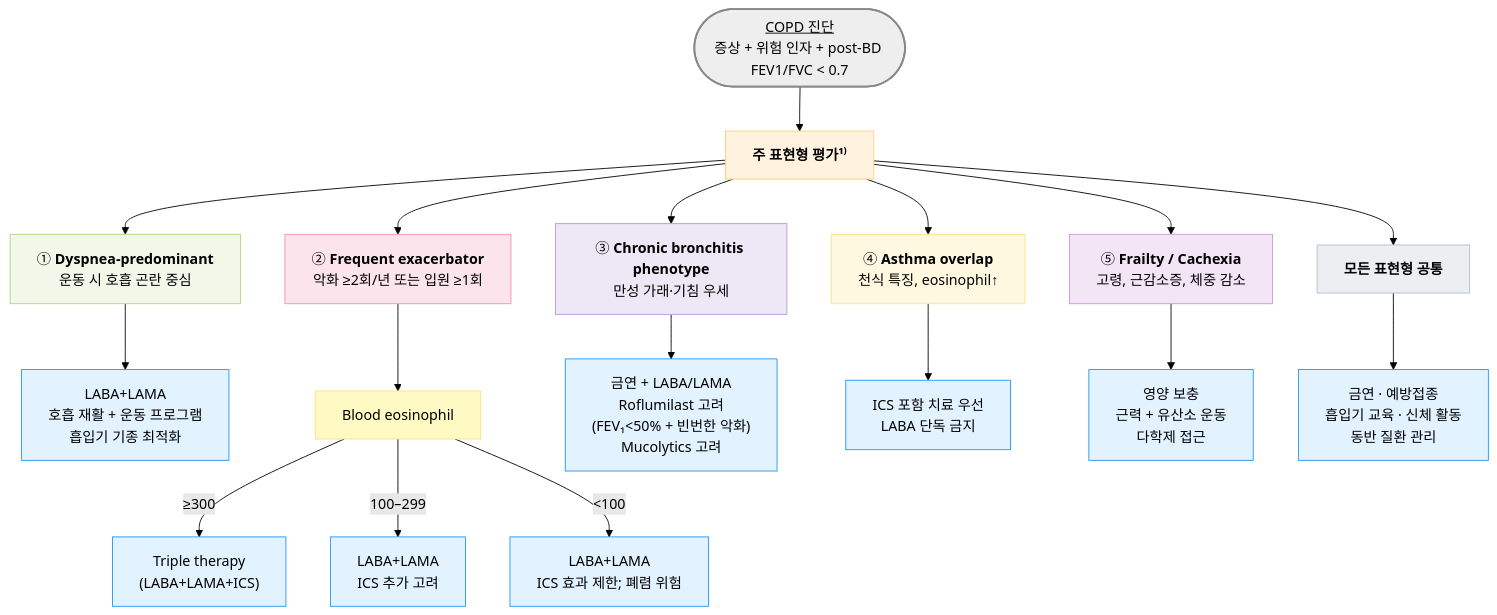
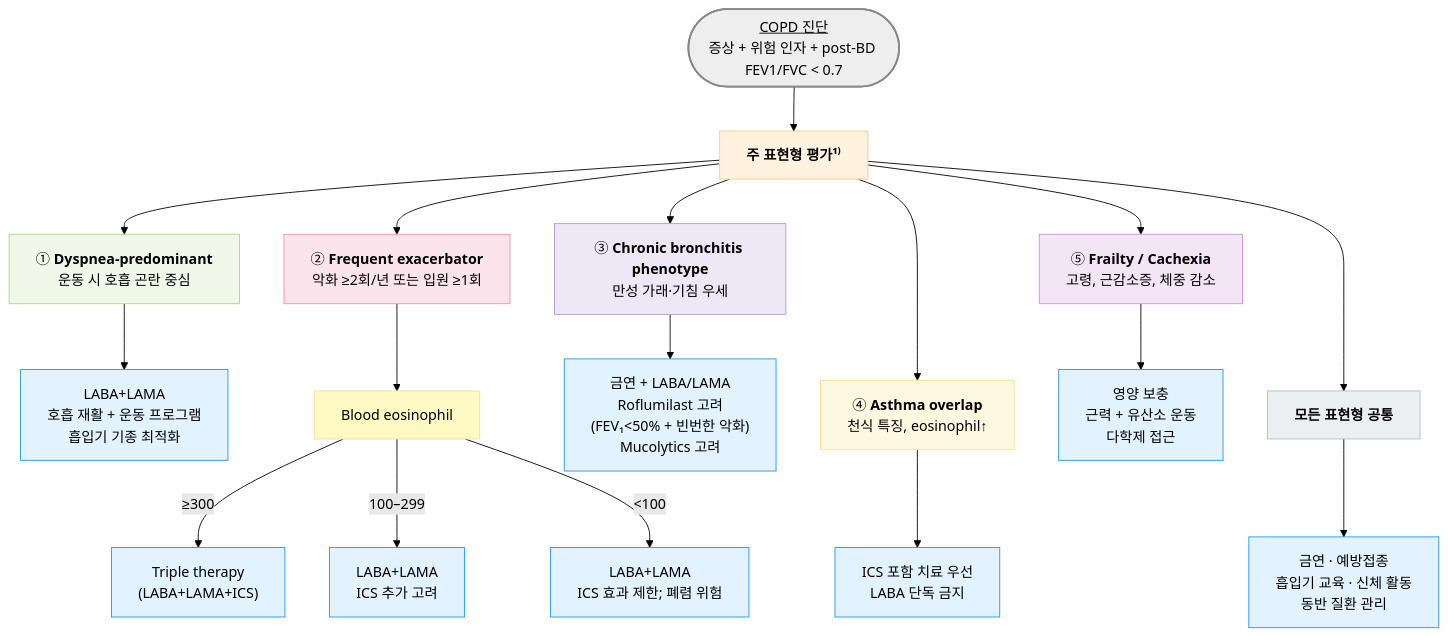
Before and after one commit to familyoh77/familyoh77: the second of 3 diagrams in 223_/072_-copd.md, drawn with Mermaid (forest theme). The commit also changed other lines of this file, not shown here.

````diff
--- a/223_/072_-copd.md
+++ b/223_/072_-copd.md
@@ -432,39 +427,39 @@
 ```mermaid
 flowchart TD
     A(["<u>COPD 진단</u><br/>증상 + 위험 인자 + post-BD FEV1/FVC &lt; 0.7"])
 
     A --> B["<b>주 표현형 평가¹⁾</b>"]
 
     B --> C1["① <b>Dyspnea-predominant</b><br/>운동 시 호흡 곤란 중심"]
     C1 --> D1["LABA+LAMA<br/>호흡 재활 + 운동 프로그램<br/>흡입기 기종 최적화"]
 
     B --> C2["② <b>Frequent exacerbator</b><br/>악화 ≥2회/년 또는 입원 ≥1회"]
     C2 --> E2["Blood eosinophil"]
     E2 -->|"≥300"| F2["Triple therapy<br/>(LABA+LAMA+ICS)"]
     E2 -->|"100–299"| G2["LABA+LAMA<br/>ICS 추가 고려"]
     E2 -->|"&lt;100"| H2["LABA+LAMA<br/>ICS 효과 제한; 폐렴 위험"]
 
     B --> C3["③ <b>Chronic bronchitis phenotype</b><br/>만성 가래·기침 우세"]
     C3 --> D3["금연 + LABA/LAMA<br/>Roflumilast 고려<br/>(FEV₁&lt;50% + 빈번한 악화)<br/>Mucolytics 고려"]
 
-    B --> C4["④ <b>Asthma overlap</b><br/>천식 특징, eosinophil↑"]
+    B ---> C4["④ <b>Asthma overlap</b><br/>천식 특징, eosinophil↑"]
     C4 --> D4["ICS 포함 치료 우선<br/>LABA 단독 금지"]
 
     B --> C5["⑤ <b>Frailty / Cachexia</b><br/>고령, 근감소증, 체중 감소"]
     C5 --> D5["영양 보충<br/>근력 + 유산소 운동<br/>다학제 접근"]
 
-    B --> Z["<b>모든 표현형 공통</b>"]
+    B ---> Z["<b>모든 표현형 공통</b>"]
     Z --> Z1["금연 · 예방접종<br/>흡입기 교육 · 신체 활동<br/>동반 질환 관리"]
 
    classDef sky fill:#e3f2ff,stroke:#2196f3
    class D1,F2,D3,D4,D5,G2,H2,Z1 sky
 style A fill:#eeeeee,stroke:#888888,stroke-width:2px
     style B fill:#fff3e0,stroke:#ffcc80
     style C1 fill:#f1f8e9,stroke:#aed581
     style C2 fill:#fce4ec,stroke:#f48fb1
     style C3 fill:#ede7f6,stroke:#b39ddb
     style C4 fill:#fff8e1,stroke:#ffe082
     style C5 fill:#f3e5f5,stroke:#ce93d8
     style E2 fill:#fff9c4,stroke:#ffe082
     style Z fill:#eceff1,stroke:#b0bec5
 ```
````
